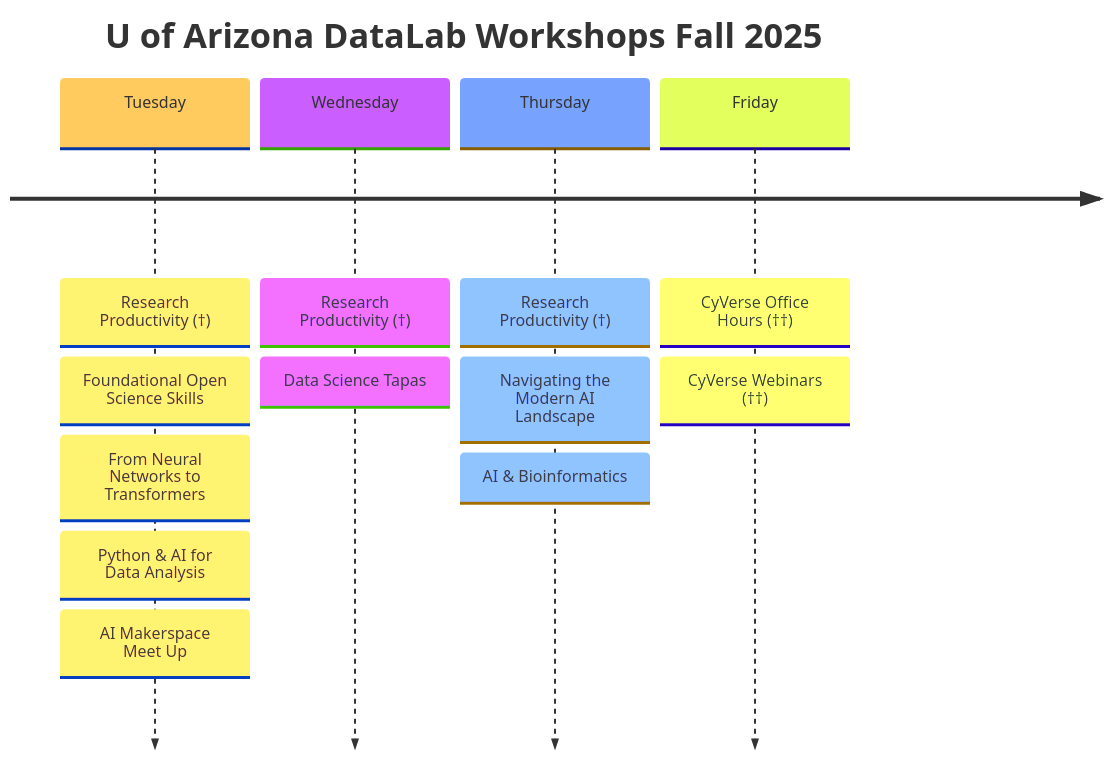
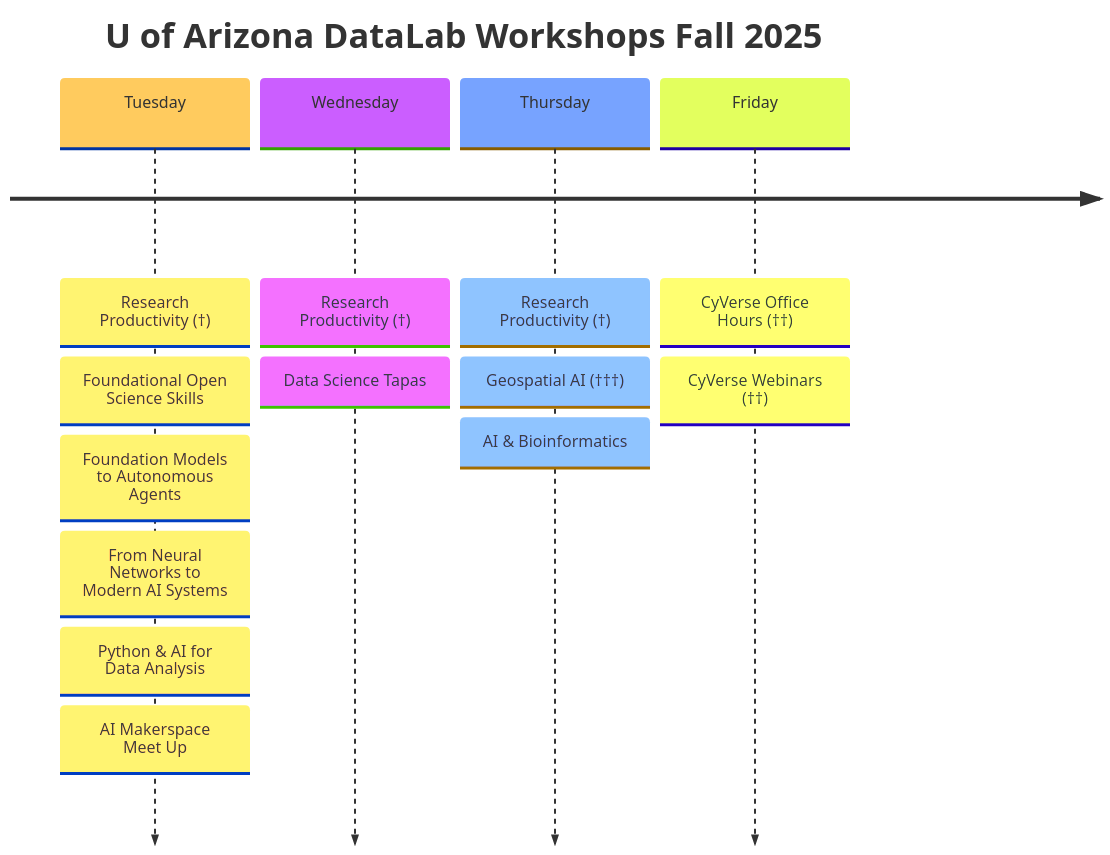
One commit to ua-datalab/ua-datalab.github.io changed the diagram in docs/index.md. Above: the diagram before and after it, drawn with Mermaid. The commit also changed other lines of this file, not shown here.

````diff
--- a/docs/index.md
+++ b/docs/index.md
@@ -31,17 +31,17 @@
 ```mermaid
 %%{init: { 'logLevel': 'debug', 'theme': 'base' } }%%
 timeline
     title U of Arizona DataLab Workshops Fall 2025
     Tuesday : Research Productivity (†)
             : Foundational Open Science Skills
-	    : From Neural Networks to Transformers
+	    : Foundation Models to Autonomous Agents: From Neural Networks to Modern AI Systems
 	    : Python & AI for Data Analysis
 	    : AI Makerspace Meet Up
     Wednesday : Research Productivity (†)
 	    : Data Science Tapas
     Thursday : Research Productivity (†)
-    	     : Navigating the Modern AI Landscape
+             : Geospatial AI (†††)
     	     : AI & Bioinformatics 
     Friday : CyVerse Office Hours (††)
     	   : CyVerse Webinars (††)
 ```
````
